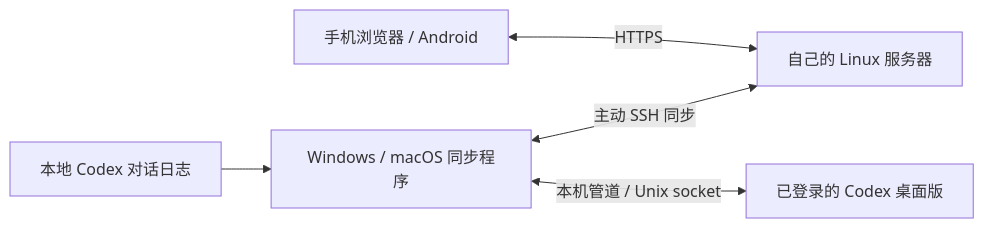
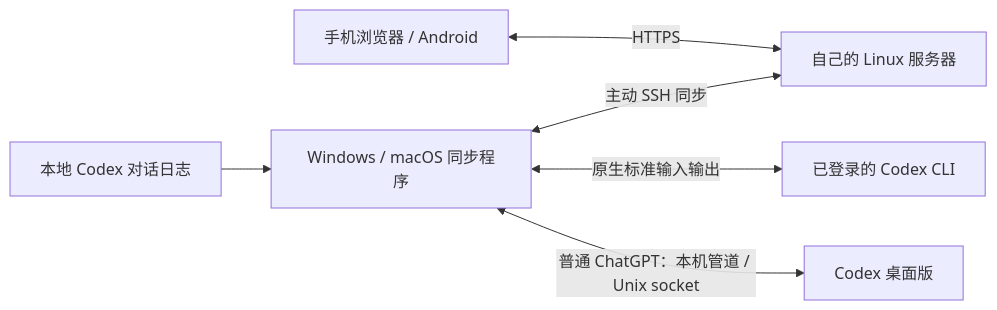
Before and after one commit to zhangchr123/codex-suixing-oss: the diagram in README.md, drawn with Mermaid. The commit also changed other lines of this file and 67 other files, not shown here.

````diff
--- a/README.md
+++ b/README.md
@@ -20,7 +22,8 @@
 ```mermaid
 flowchart LR
   Phone[手机浏览器 / Android] <-->|HTTPS| Relay[自己的 Linux 服务器]
   PC[Windows / macOS 同步程序] <-->|主动 SSH 同步| Relay
   Logs[本地 Codex 对话日志] --> PC
-  PC <-->|本机管道 / Unix socket| App[已登录的 Codex 桌面版]
+  PC <-->|原生标准输入输出| CLI[已登录的 Codex CLI]
+  PC <-->|普通 ChatGPT：本机管道 / Unix socket| App[Codex 桌面版]
 ```
````
